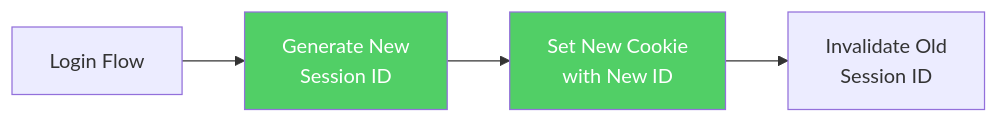
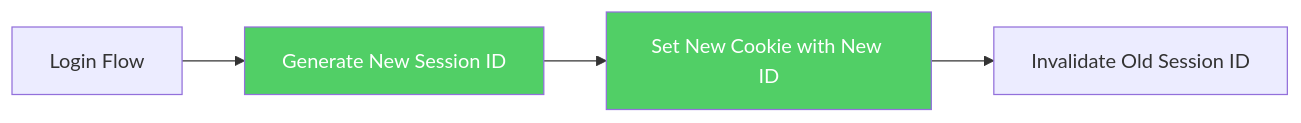
Before and after one commit to PKPL-Pusing-Kurang-Paham-Lurr/tk-2: diagram 13 of 18 in README.md, drawn with Mermaid. The commit also changed other lines of this file, not shown here.

````diff
--- a/README.md
+++ b/README.md
@@ -655,9 +654,9 @@
 ```mermaid
 flowchart LR
-    A[Login Flow] --> B[Generate New<br/>Session ID]
-    B --> C[Set New Cookie<br/>with New ID]
-    C --> D[Invalidate Old<br/>Session ID]
+    A[Login Flow] --> B[Generate New Session ID]
+    B --> C[Set New Cookie with New ID]
+    C --> D[Invalidate Old Session ID]
 
     style B fill:#51cf66,color:#fff
     style C fill:#51cf66,color:#fff
 ```
````
